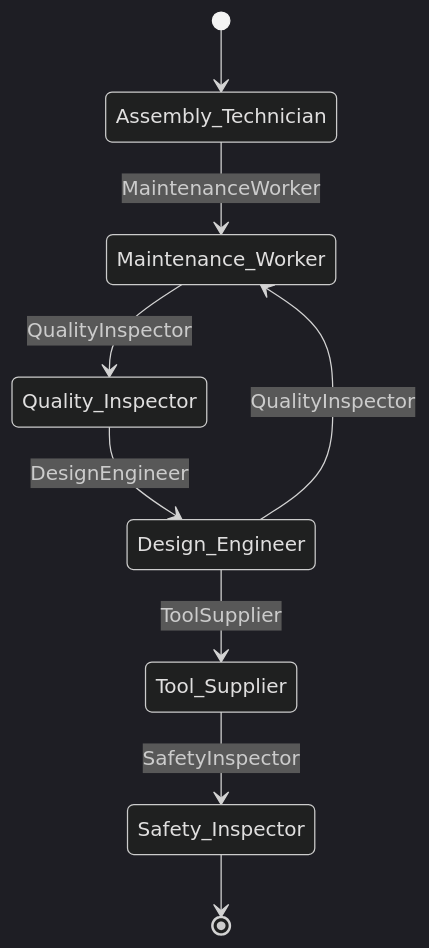
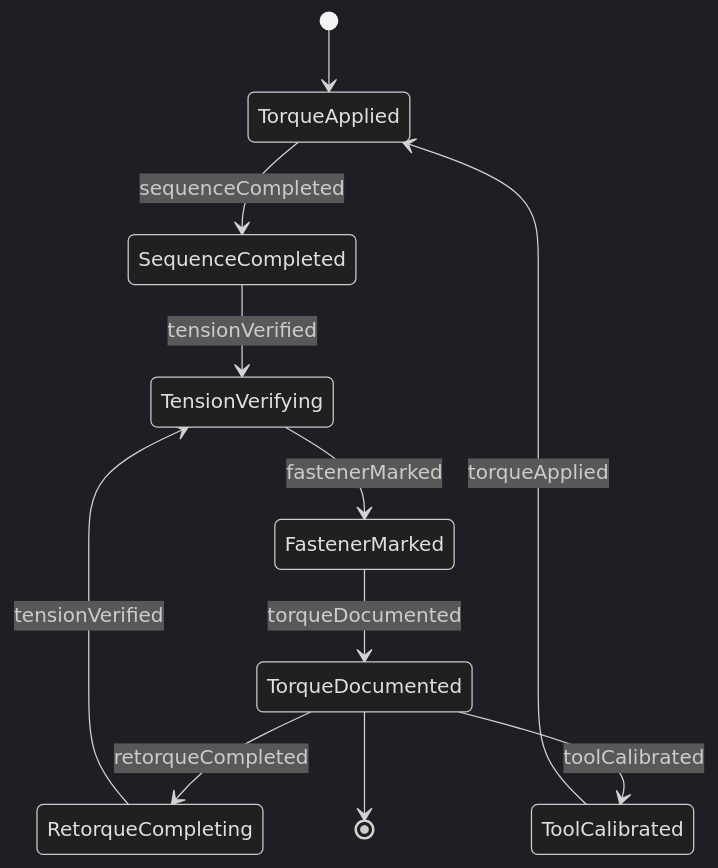
One commit to dot-org-ai/tasks.org.ai changed the second of 4 diagrams in HandlingAndMovingObjects/AdjustEquipmentToEnsureAdequatePerformance/AdjustTensionNutsBolts.mdx. Above: the diagram before and after it, drawn with Mermaid (dark theme). The commit also changed other lines of this file and 40 other files, not shown here.

First line of the commit message:
fix: Replace Actor-based ER and State diagrams with Entity/Event-based diagrams in 41 HandlingAndMovingObjects DWA files

````diff
--- a/HandlingAndMovingObjects/AdjustEquipmentToEnsureAdequatePerformance/AdjustTensionNutsBolts.mdx
+++ b/HandlingAndMovingObjects/AdjustEquipmentToEnsureAdequatePerformance/AdjustTensionNutsBolts.mdx
@@ -102,11 +100,13 @@
 ```mermaid
 stateDiagram-v2
-    [*] --> Assembly_Technician
-    Assembly_Technician --> Maintenance_Worker: MaintenanceWorker
-    Maintenance_Worker --> Quality_Inspector: QualityInspector
-    Quality_Inspector --> Design_Engineer: DesignEngineer
-    Design_Engineer --> Tool_Supplier: ToolSupplier
-    Tool_Supplier --> Safety_Inspector: SafetyInspector
-    Design_Engineer --> Maintenance_Worker: QualityInspector
-    Safety_Inspector --> [*]
+    [*] --> TorqueApplied
+    TorqueApplied --> SequenceCompleted : sequenceCompleted
+    SequenceCompleted --> TensionVerifying : tensionVerified
+    TensionVerifying --> FastenerMarked : fastenerMarked
+    FastenerMarked --> TorqueDocumented : torqueDocumented
+    TorqueDocumented --> RetorqueCompleting : retorqueCompleted
+    RetorqueCompleting --> TensionVerifying : tensionVerified
+    TorqueDocumented --> ToolCalibrated : toolCalibrated
+    ToolCalibrated --> TorqueApplied : torqueApplied
+    TorqueDocumented --> [*]
 ```
````
